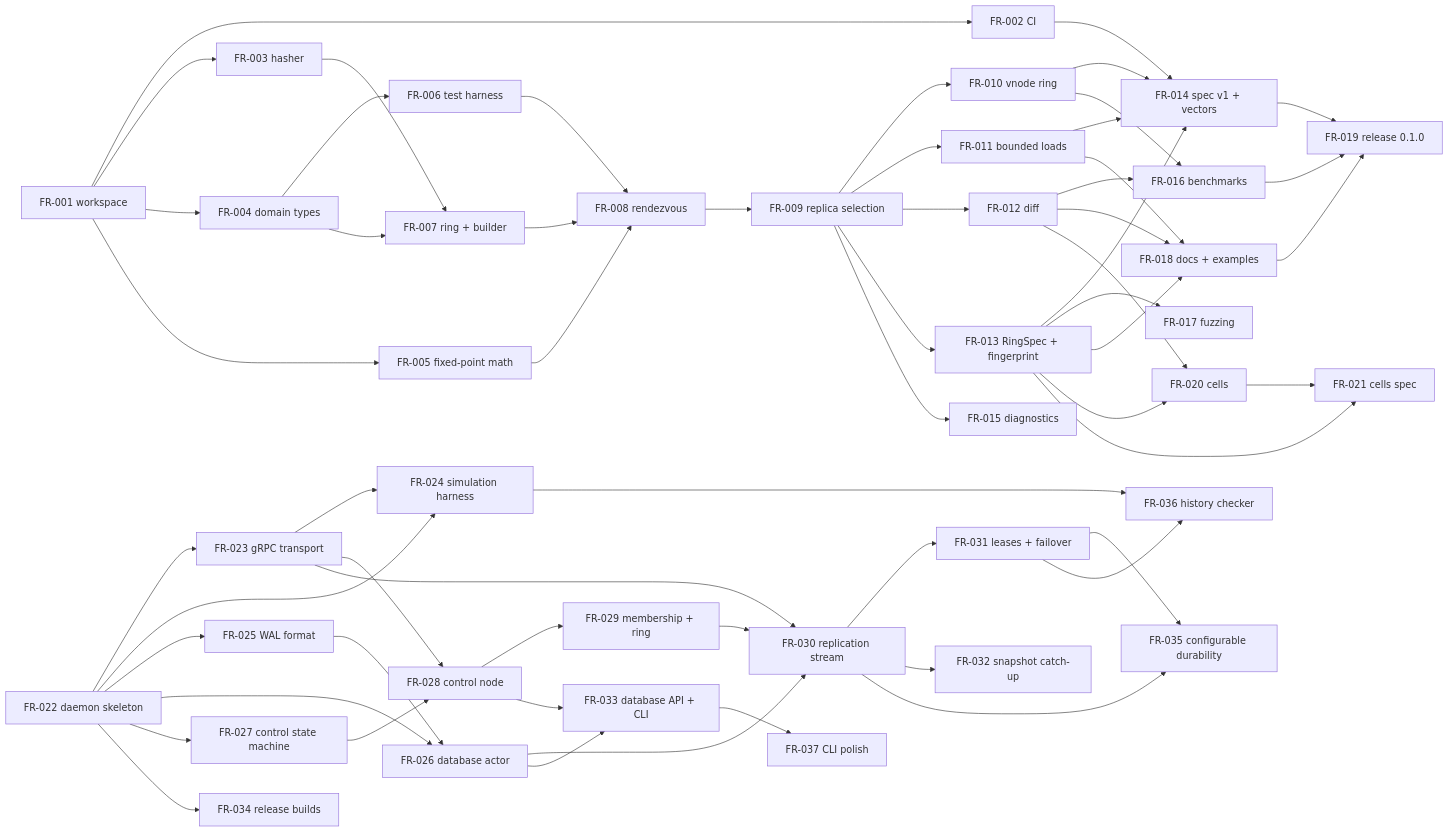
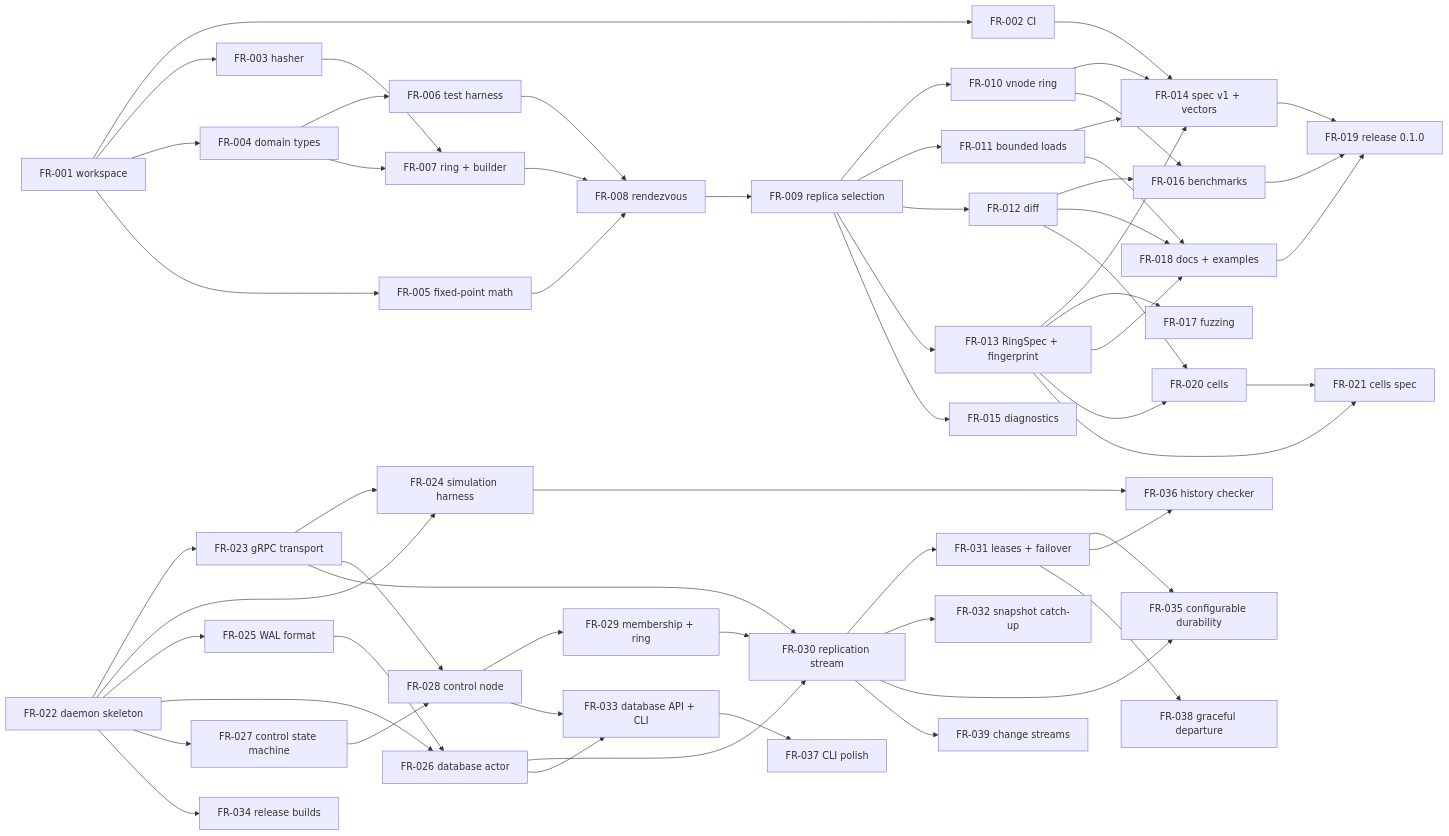
The diagram in docs/tickets/README.md (fleetring/fleetring), drawn with Mermaid before and after one commit. The commit also changed other lines of this file and 5 other files, not shown here.

First line of the commit message:
docs: add the roadmap, an engineering review, and two tickets

````diff
--- a/docs/tickets/README.md
+++ b/docs/tickets/README.md
@@ -85,59 +88,61 @@
 ```mermaid
 flowchart LR
   FR001[FR-001 workspace] --> FR002[FR-002 CI]
   FR001 --> FR003[FR-003 hasher]
   FR001 --> FR004[FR-004 domain types]
   FR001 --> FR005[FR-005 fixed-point math]
   FR004 --> FR006[FR-006 test harness]
   FR003 --> FR007[FR-007 ring + builder]
   FR004 --> FR007
   FR005 --> FR008[FR-008 rendezvous]
   FR006 --> FR008
   FR007 --> FR008
   FR008 --> FR009[FR-009 replica selection]
   FR009 --> FR010[FR-010 vnode ring]
   FR009 --> FR011[FR-011 bounded loads]
   FR009 --> FR012[FR-012 diff]
   FR009 --> FR013[FR-013 RingSpec + fingerprint]
   FR009 --> FR015[FR-015 diagnostics]
   FR002 --> FR014[FR-014 spec v1 + vectors]
   FR010 --> FR014
   FR011 --> FR014
   FR013 --> FR014
   FR010 --> FR016[FR-016 benchmarks]
   FR012 --> FR016
   FR013 --> FR017[FR-017 fuzzing]
   FR011 --> FR018[FR-018 docs + examples]
   FR012 --> FR018
   FR013 --> FR018
   FR014 --> FR019[FR-019 release 0.1.0]
   FR016 --> FR019
   FR018 --> FR019
   FR012 --> FR020[FR-020 cells]
   FR013 --> FR020
   FR013 --> FR021[FR-021 cells spec]
   FR020 --> FR021
   FR022[FR-022 daemon skeleton] --> FR023[FR-023 gRPC transport]
   FR022 --> FR024[FR-024 simulation harness]
   FR023 --> FR024
   FR022 --> FR025[FR-025 WAL format]
   FR022 --> FR026[FR-026 database actor]
   FR025 --> FR026
   FR022 --> FR027[FR-027 control state machine]
   FR023 --> FR028[FR-028 control node]
   FR027 --> FR028
   FR028 --> FR029[FR-029 membership + ring]
   FR023 --> FR030[FR-030 replication stream]
   FR026 --> FR030
   FR029 --> FR030
   FR030 --> FR031[FR-031 leases + failover]
   FR030 --> FR032[FR-032 snapshot catch-up]
   FR026 --> FR033[FR-033 database API + CLI]
   FR028 --> FR033
   FR022 --> FR034[FR-034 release builds]
   FR030 --> FR035[FR-035 configurable durability]
   FR031 --> FR035
   FR024 --> FR036[FR-036 history checker]
   FR031 --> FR036
   FR033 --> FR037[FR-037 CLI polish]
+  FR031 --> FR038[FR-038 graceful departure]
+  FR030 --> FR039[FR-039 change streams]
 ```
````
